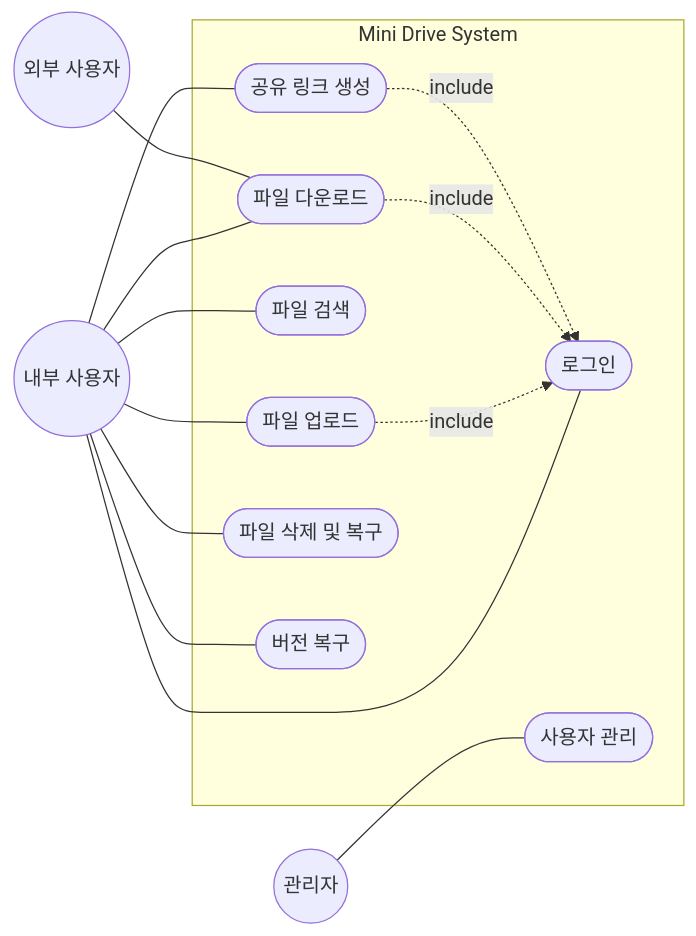
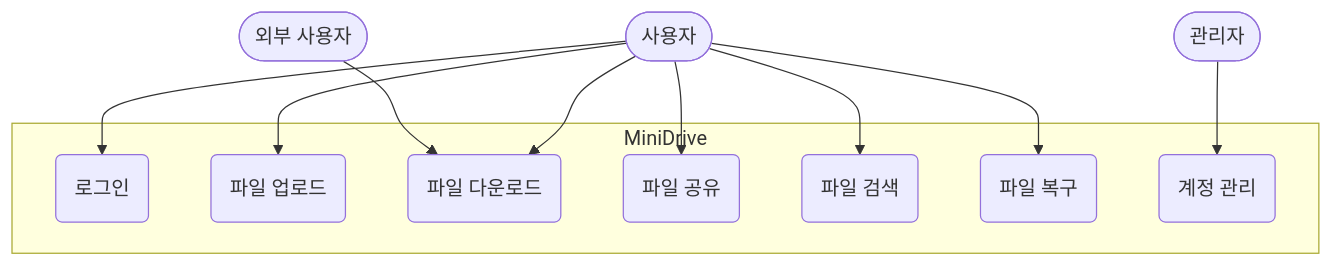
One commit to min12387/se changed the first of 4 diagrams in doc/requirement_analysis.md. Above: the diagram before and after it, drawn with Mermaid. The commit also changed other lines of this file, not shown here.

````diff
--- a/doc/requirement_analysis.md
+++ b/doc/requirement_analysis.md
@@ -56,36 +44,28 @@
 ```mermaid
-flowchart LR
+flowchart TB
 
-    User(("내부 사용자"))
-    External(("외부 사용자"))
-    Admin(("관리자"))
+    User([사용자])
+    Admin([관리자])
+    Guest([외부 사용자])
 
-    subgraph MiniDrive["Mini Drive System"]
-
-        UC1(["로그인"])
-        UC2(["파일 업로드"])
-        UC3(["파일 다운로드"])
-        UC4(["파일 검색"])
-        UC5(["공유 링크 생성"])
-        UC6(["파일 삭제 및 복구"])
-        UC7(["버전 복구"])
-        UC8(["사용자 관리"])
-
+    subgraph MiniDrive
+        Login(로그인)
+        Upload(파일 업로드)
+        Download(파일 다운로드)
+        Share(파일 공유)
+        Search(파일 검색)
+        Restore(파일 복구)
+        Manage(계정 관리)
     end
 
-    User --- UC1
-    User --- UC2
-    User --- UC3
-    User --- UC4
-    User --- UC5
-    User --- UC6
-    User --- UC7
+    User --> Login
+    User --> Upload
+    User --> Download
+    User --> Share
+    User --> Search
+    User --> Restore
 
-    External --- UC3
+    Admin --> Manage
 
-    Admin --- UC8
-
-    UC2 -. include .-> UC1
-    UC3 -. include .-> UC1
-    UC5 -. include .-> UC1
+    Guest --> Download
 ```
````
